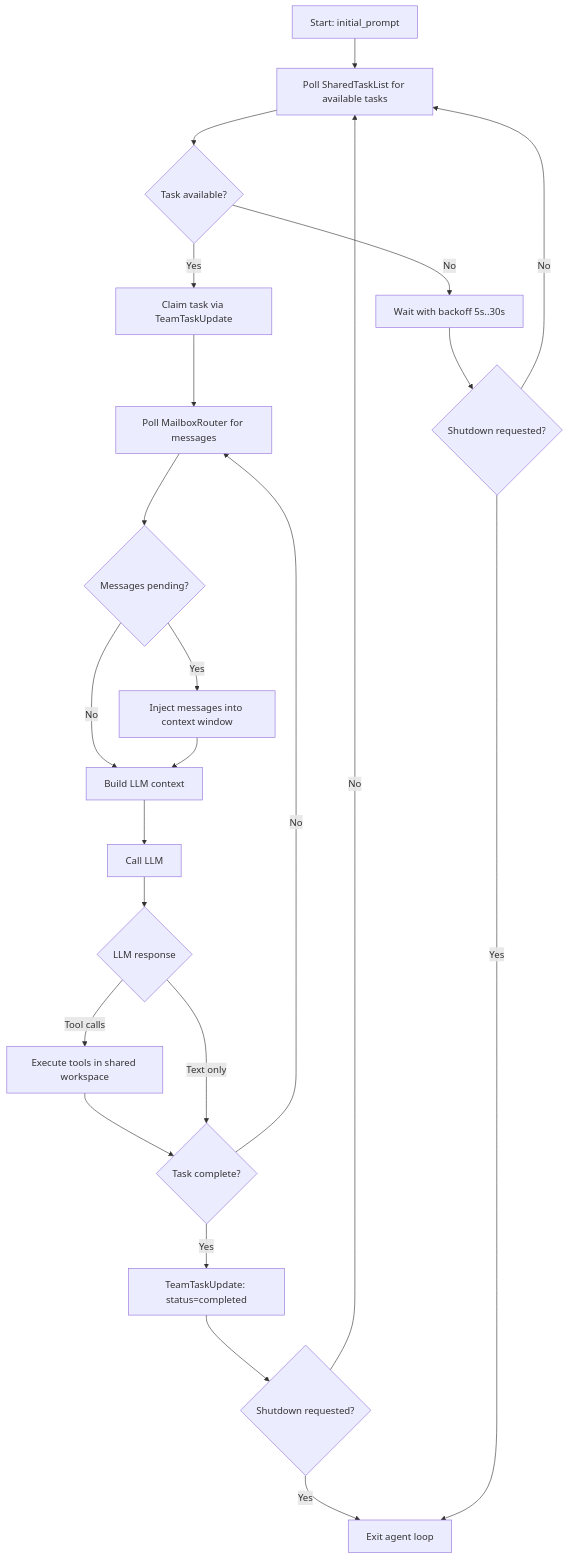
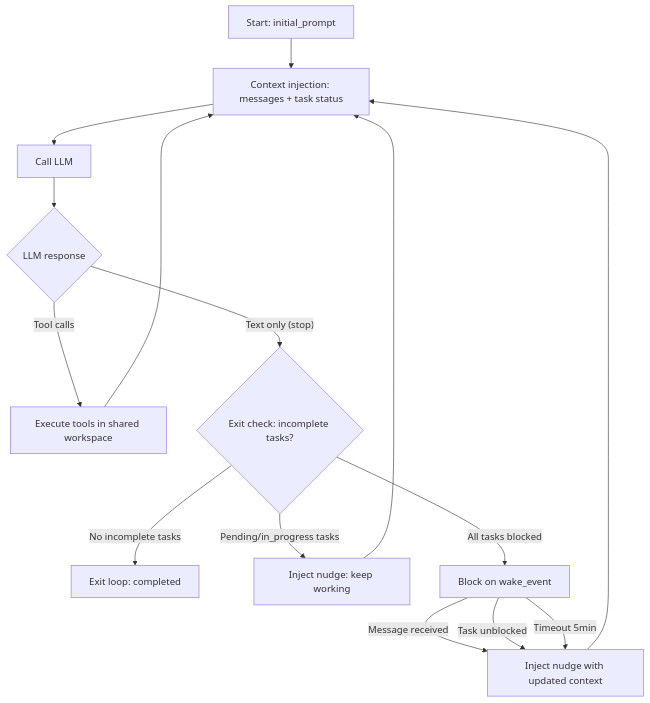
One commit to suman724/cowork-infra changed the sixth of 15 diagrams in docs/components/agent-teams.md. Above: the diagram before and after it, drawn with Mermaid. The commit also changed other lines of this file, not shown here.

````diff
--- a/docs/components/agent-teams.md
+++ b/docs/components/agent-teams.md
@@ -668,25 +672,17 @@
 ```mermaid
 flowchart TD
-    A[Start: initial_prompt] --> B[Poll SharedTaskList for available tasks]
-    B --> C{Task available?}
-    C -- Yes --> D[Claim task via TeamTaskUpdate]
-    D --> E[Poll MailboxRouter for messages]
-    E --> F{Messages pending?}
-    F -- Yes --> G[Inject messages into context window]
-    F -- No --> H[Build LLM context]
-    G --> H
-    H --> I[Call LLM]
-    I --> J{LLM response}
-    J -- Tool calls --> K[Execute tools in shared workspace]
-    K --> L{Task complete?}
-    J -- Text only --> L
-    L -- No --> E
-    L -- Yes --> M[TeamTaskUpdate: status=completed]
-    M --> N{Shutdown requested?}
-    N -- No --> B
-    N -- Yes --> O[Exit agent loop]
-    C -- No --> P[Wait with backoff 5s..30s]
-    P --> Q{Shutdown requested?}
-    Q -- No --> B
-    Q -- Yes --> O
+    A[Start: initial_prompt] --> B[Context injection: messages + task status]
+    B --> C[Call LLM]
+    C --> D{LLM response}
+    D -- Tool calls --> E[Execute tools in shared workspace]
+    E --> B
+    D -- "Text only (stop)" --> F{Exit check: incomplete tasks?}
+    F -- "No incomplete tasks" --> G[Exit loop: completed]
+    F -- "Pending/in_progress tasks" --> H[Inject nudge: keep working]
+    H --> B
+    F -- "All tasks blocked" --> I[Block on wake_event]
+    I -- "Message received" --> J[Inject nudge with updated context]
+    I -- "Task unblocked" --> J
+    I -- "Timeout 5min" --> J
+    J --> B
 ```
````
